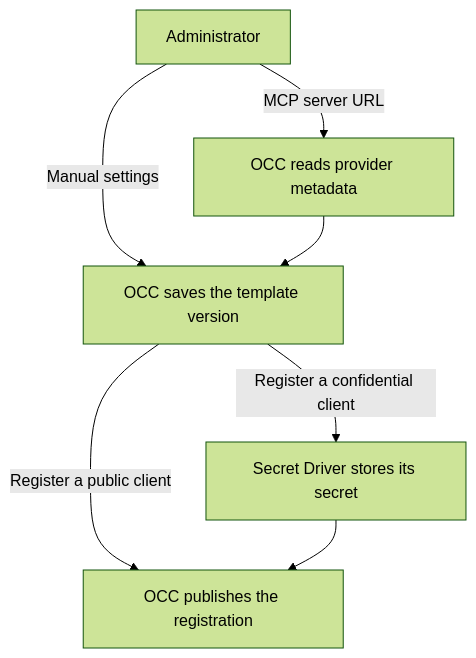
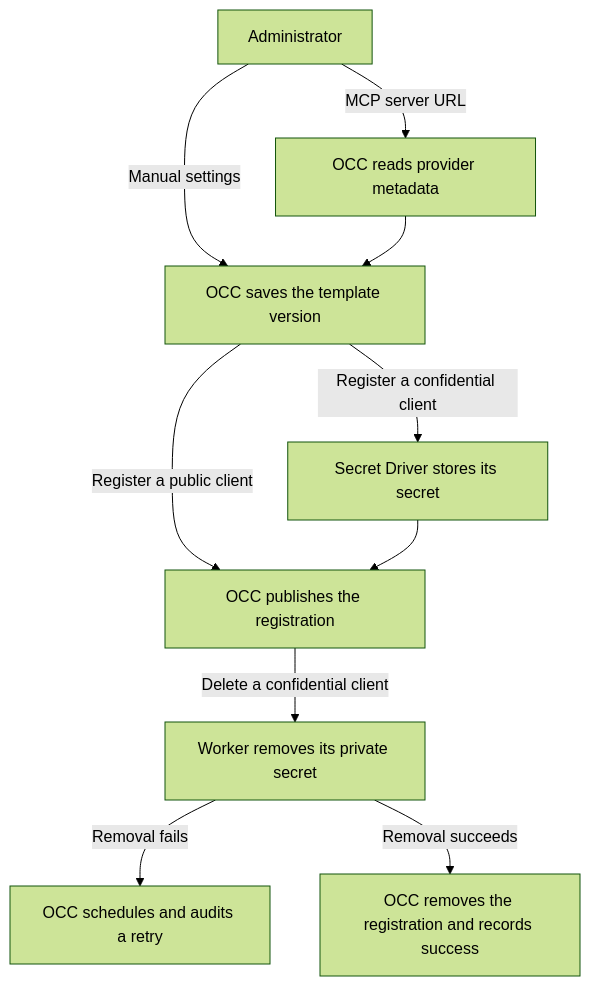
One commit to openclaw/openclaw-enterprise changed the first of 2 diagrams in docs/flows/connection-templates.md. Above: the diagram before and after it, drawn with Mermaid (forest theme). The commit also changed other lines of this file and 42 other files, not shown here.

````diff
--- a/docs/flows/connection-templates.md
+++ b/docs/flows/connection-templates.md
@@ -22,9 +22,12 @@
 ```mermaid
 graph TD
   Admin["Administrator"] -->|Manual settings| Version["OCC saves the template version"]
   Admin -->|MCP server URL| Discovery["OCC reads provider metadata"]
   Discovery --> Version
   Version -->|Register a confidential client| Secret["Secret Driver stores its secret"]
   Version -->|Register a public client| Publish["OCC publishes the registration"]
   Secret --> Publish
+  Publish -->|Delete a confidential client| Cleanup["Worker removes its private secret"]
+  Cleanup -->|Removal fails| Retry["OCC schedules and audits a retry"]
+  Cleanup -->|Removal succeeds| Removed["OCC removes the registration and records success"]
 ```
````
